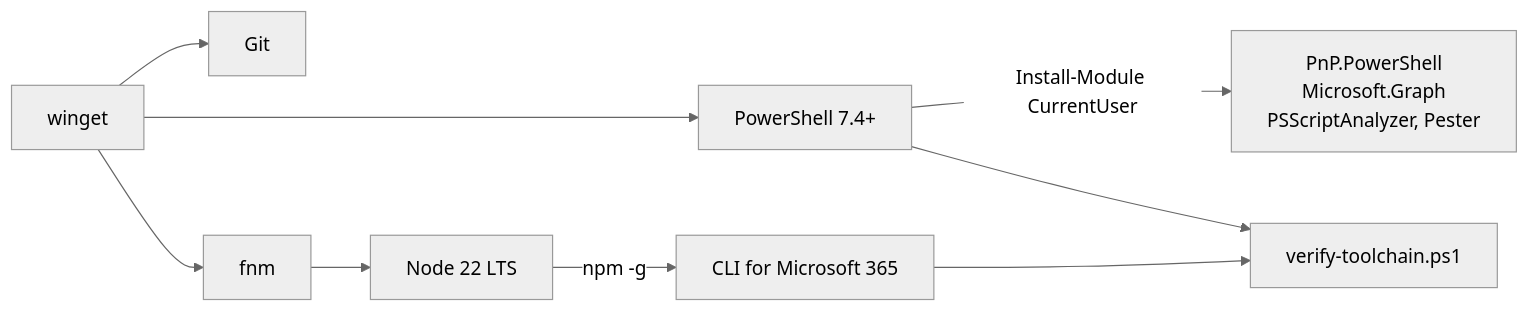
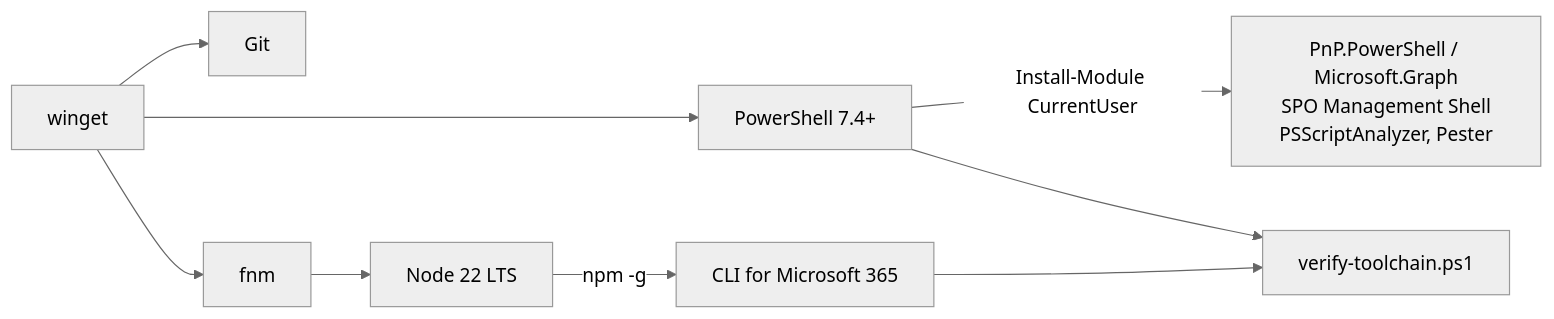
One commit to MalasekPetr/gopas-goc223 changed the diagram in day-1/toolchain-setup/README.md. Above: the diagram before and after it, drawn with Mermaid (neutral theme). The commit also changed other lines of this file and 5 other files, not shown here.

First line of the commit message:
Doplnit SPO Management Shell do toolchainu a comparison prepinacu SPO

````diff
--- a/day-1/toolchain-setup/README.md
+++ b/day-1/toolchain-setup/README.md
@@ -54,11 +55,11 @@
 ```mermaid
 flowchart LR
   W[winget] --> PS[PowerShell 7.4+]
   W --> G[Git]
   W --> F[fnm]
   F --> N[Node 22 LTS]
   N -->|npm -g| CLI[CLI for Microsoft 365]
-  PS -->|Install-Module CurrentUser| M[PnP.PowerShell<br/>Microsoft.Graph<br/>PSScriptAnalyzer, Pester]
+  PS -->|Install-Module CurrentUser| M[PnP.PowerShell / Microsoft.Graph<br/>SPO Management Shell<br/>PSScriptAnalyzer, Pester]
   PS --> V[verify-toolchain.ps1]
   CLI --> V
 ```
````
